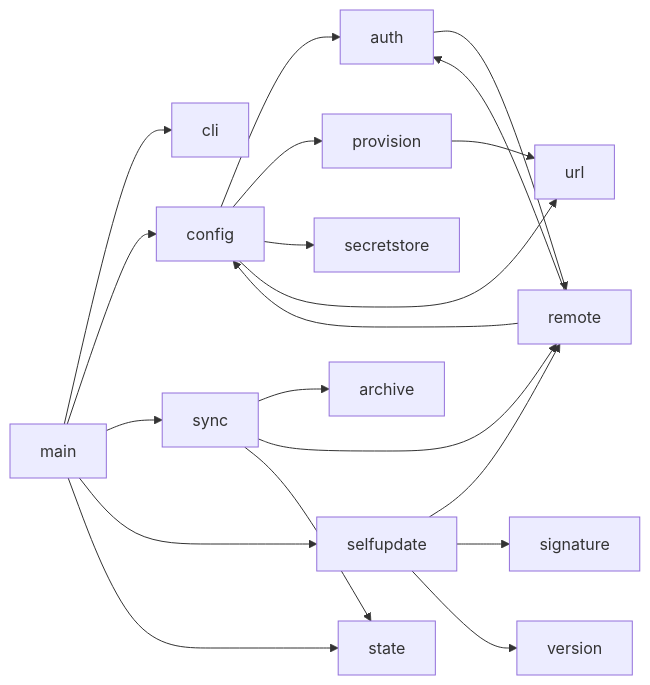
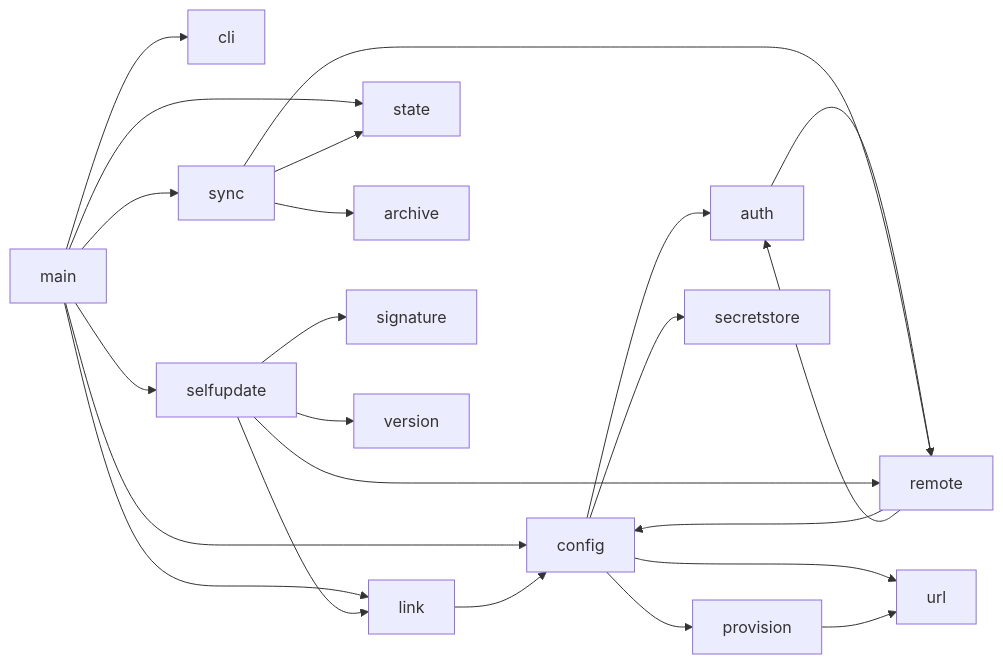
Before and after one commit to damac-italia/brainmaker: the diagram in docs/ARCHITECTURE.md, drawn with Mermaid. The commit also changed other lines of this file and 4 other files, not shown here.

````diff
--- a/docs/ARCHITECTURE.md
+++ b/docs/ARCHITECTURE.md
@@ -33,22 +33,25 @@
 ```mermaid
 graph LR
     main --> cli
     main --> config
     main --> sync
     main --> selfupdate
+    main --> link
     main --> state
     config --> auth
     config --> provision
     config --> secretstore
     config --> url
     provision --> url
     auth --> remote
     sync --> archive
     sync --> remote
     sync --> state
     selfupdate --> remote
     selfupdate --> signature
     selfupdate --> version
+    selfupdate --> link
     remote --> config
     remote --> auth
+    link --> config
 ```
````
